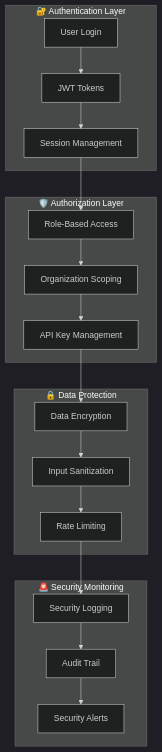
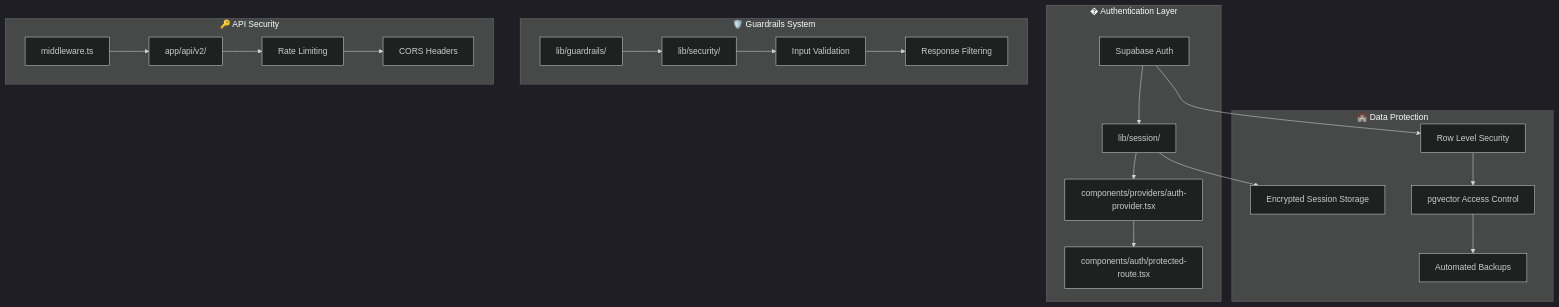
Before and after one commit to Parham-dev/ai-agent-cs: the sixth of 7 diagrams in docs/ARCHITECTURE.md, drawn with Mermaid (dark theme). The commit also changed other lines of this file and 1 other file, not shown here.

````diff
--- a/docs/ARCHITECTURE.md
+++ b/docs/ARCHITECTURE.md
@@ -218,40 +346,47 @@
 ```mermaid
 graph TB
-    subgraph "🔐 Authentication Layer"
-        Login[User Login]
-        JWT[JWT Tokens]
-        Session[Session Management]
+    subgraph "� Authentication Layer"
+        Auth[Supabase Auth]
+        Session[lib/session/]
+        AuthProvider[components/providers/auth-provider.tsx]
+        ProtectedRoute[components/auth/protected-route.tsx]
     end
 
-    subgraph "🛡️ Authorization Layer"
-        RBAC[Role-Based Access]
-        OrgScope[Organization Scoping]
-        APIKeys[API Key Management]
+    subgraph "🛡️ Guardrails System"
+        GuardCore[lib/guardrails/]
+        SecurityLib[lib/security/]
+        ValidationLayer[Input Validation]
+        OutputFilter[Response Filtering]
     end
 
-    subgraph "🔒 Data Protection"
-        Encryption[Data Encryption]
-        Sanitization[Input Sanitization]
+    subgraph "🔑 API Security"
+        Middleware[middleware.ts]
+        APIRoutes[app/api/v2/]
         RateLimit[Rate Limiting]
+        CORS[CORS Headers]
     end
 
-    subgraph "🚨 Security Monitoring"
-        Logging[Security Logging]
-        Audit[Audit Trail]
-        Alerts[Security Alerts]
+    subgraph "🏰 Data Protection"
+        SupabaseRLS[Row Level Security]
+        EncryptedStorage[Encrypted Session Storage]
+        VectorSecurity[pgvector Access Control]
+        BackupSecurity[Automated Backups]
     end
 
-    Login --> JWT
-    JWT --> Session
-    Session --> RBAC
-    RBAC --> OrgScope
-    OrgScope --> APIKeys
+    Auth --> Session
+    Session --> AuthProvider
+    AuthProvider --> ProtectedRoute
     
-    APIKeys --> Encryption
-    Encryption --> Sanitization
-    Sanitization --> RateLimit
+    GuardCore --> SecurityLib
+    SecurityLib --> ValidationLayer
+    ValidationLayer --> OutputFilter
     
-    RateLimit --> Logging
-    Logging --> Audit
-    Audit --> Alerts
+    Middleware --> APIRoutes
+    APIRoutes --> RateLimit
+    RateLimit --> CORS
+    
+    Auth --> SupabaseRLS
+    Session --> EncryptedStorage
+    SupabaseRLS --> VectorSecurity
+    VectorSecurity --> BackupSecurity
 ```
````
